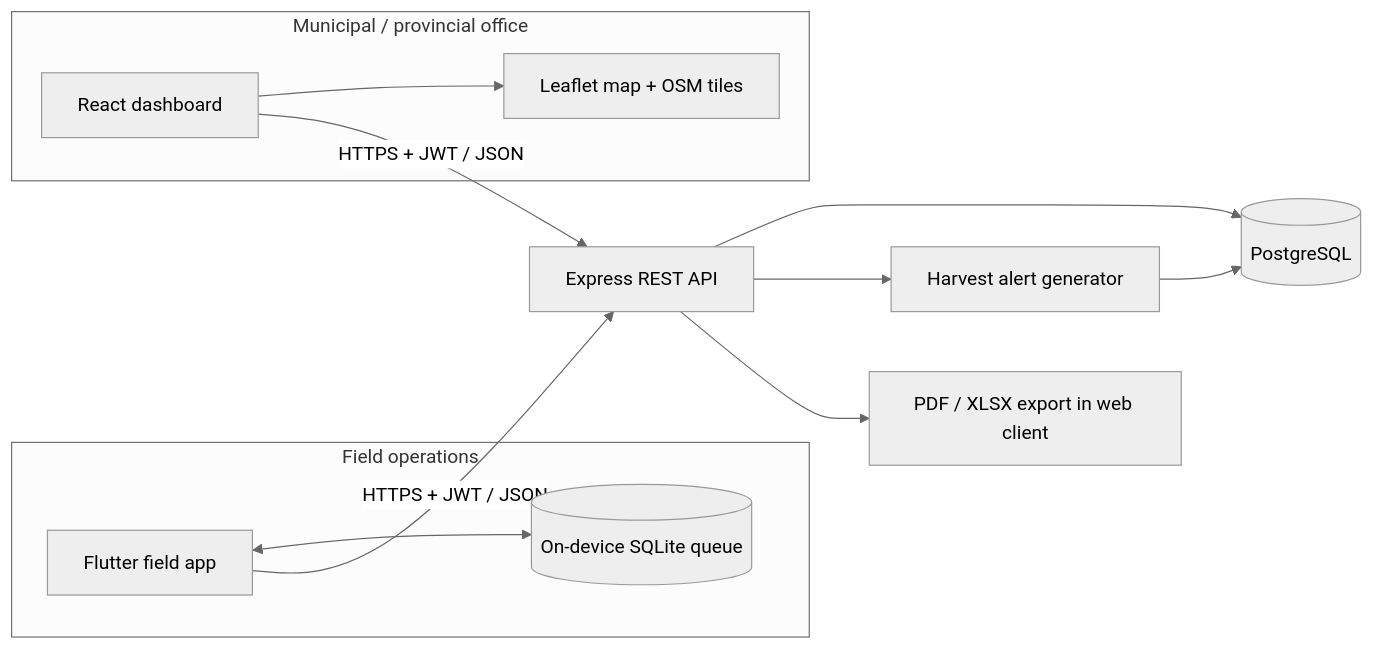
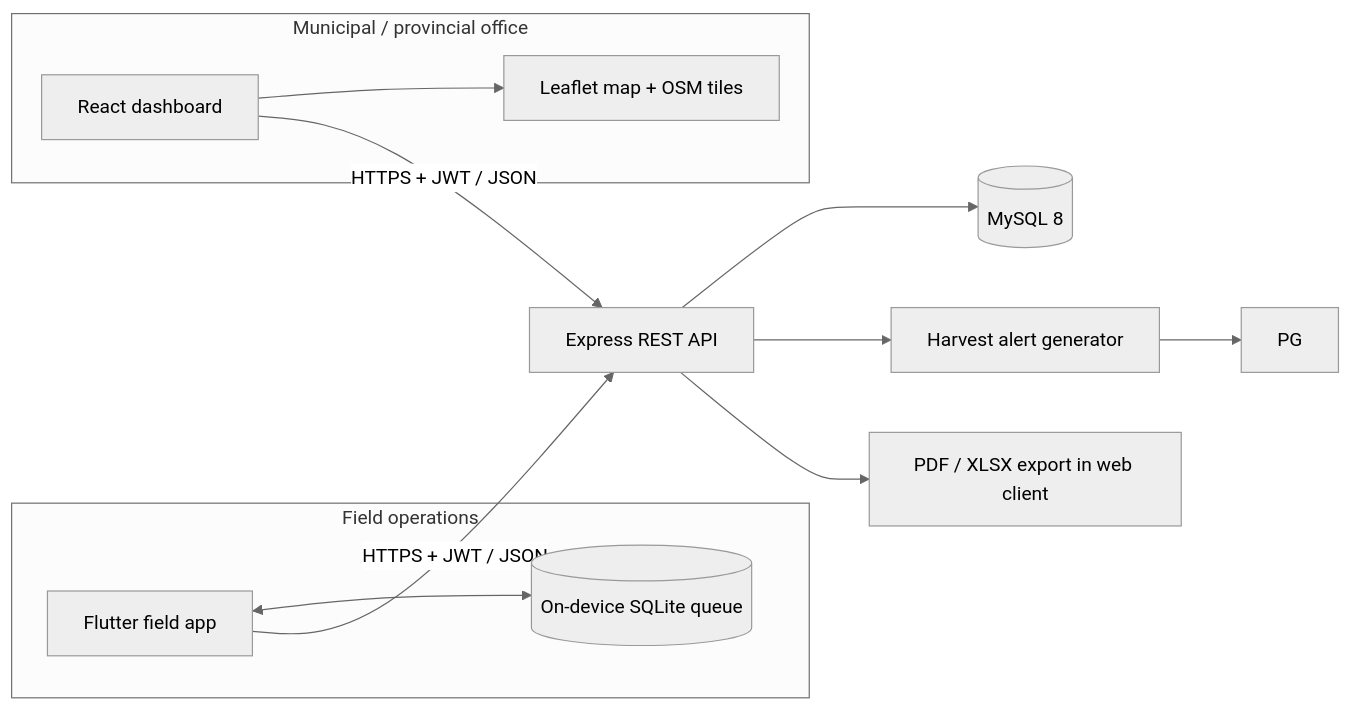
Before and after one commit to Cedieced/AgriCast-Crop-Supply-Forecasting-and-Allocation-System: the first of 4 diagrams in docs/system-design.md, drawn with Mermaid (neutral theme). The commit also changed other lines of this file and 15 other files, not shown here.

````diff
--- a/docs/system-design.md
+++ b/docs/system-design.md
@@ -5,19 +5,19 @@
 ```mermaid
 flowchart LR
   subgraph Field["Field operations"]
     F[Flutter field app]
     L[(On-device SQLite queue)]
     F <--> L
   end
   subgraph Web["Municipal / provincial office"]
     W[React dashboard]
     M[Leaflet map + OSM tiles]
     W --> M
   end
   F -- HTTPS + JWT / JSON --> API[Express REST API]
   W -- HTTPS + JWT / JSON --> API
-  API --> PG[(PostgreSQL)]
+  API --> DB[(MySQL 8)]
   API --> A[Harvest alert generator]
   A --> PG
   API --> X[PDF / XLSX export in web client]
 ```
````
